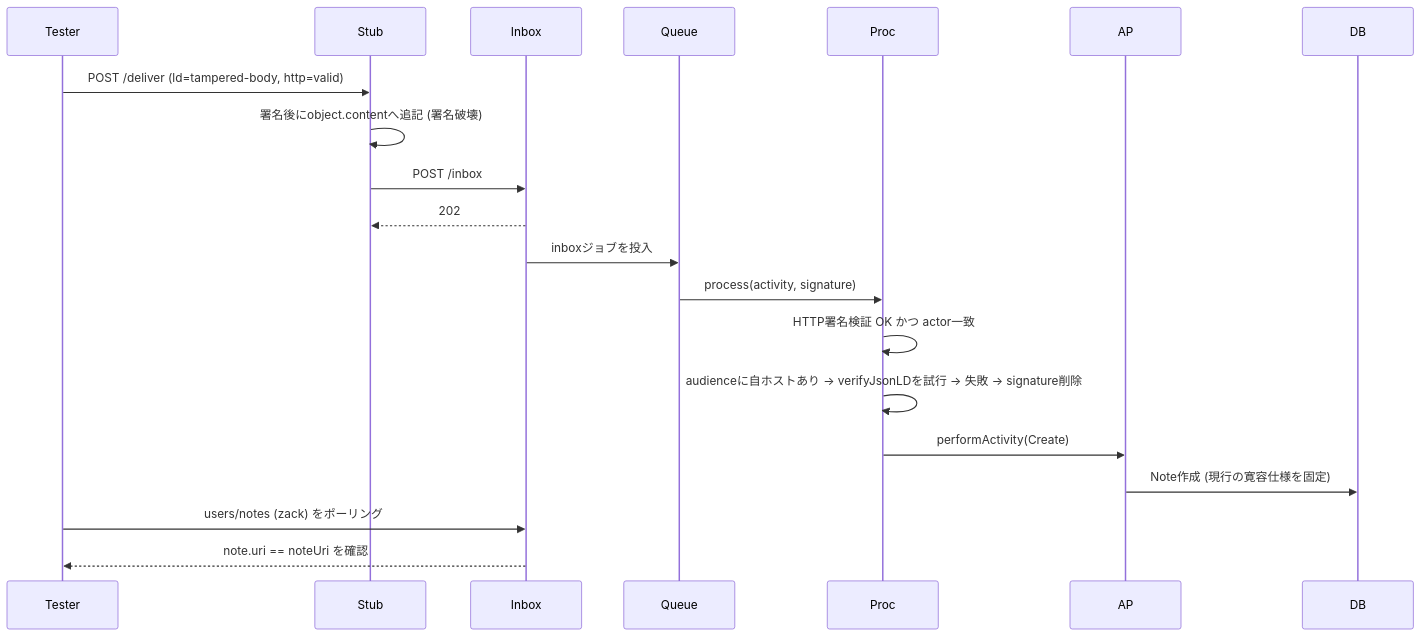
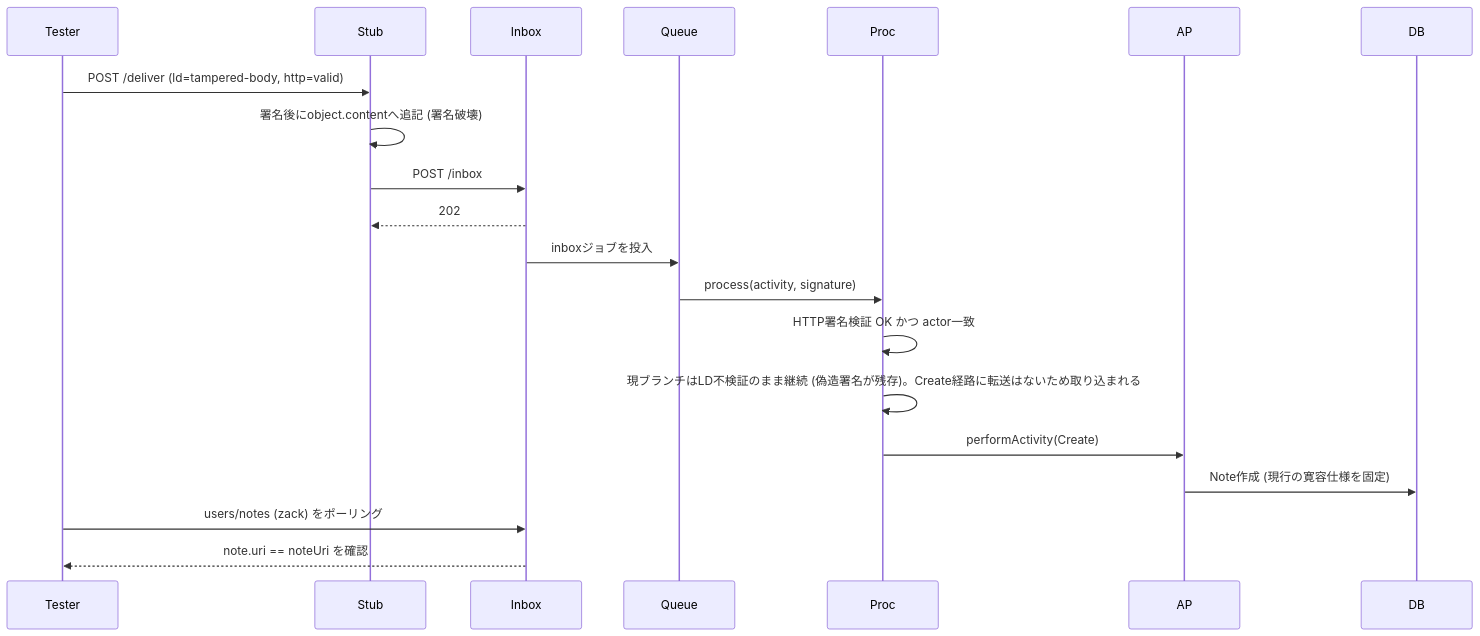
The fifth of 11 diagrams in packages/backend/test-federation/test/json-ld-signature.sequence.md (4ster1sk/cherrypick), drawn with Mermaid before and after one commit. The commit also changed other lines of this file and 3 other files, not shown here.

````diff
--- a/packages/backend/test-federation/test/json-ld-signature.sequence.md
+++ b/packages/backend/test-federation/test/json-ld-signature.sequence.md
@@ -87,15 +87,15 @@
 ```mermaid
 sequenceDiagram
     Tester->>Stub: POST /deliver (ld=tampered-body, http=valid)
     Stub->>Stub: 署名後にobject.contentへ追記 (署名破壊)
     Stub->>Inbox: POST /inbox
     Inbox-->>Stub: 202
     Inbox->>Queue: inboxジョブを投入
     Queue->>Proc: process(activity, signature)
     Proc->>Proc: HTTP署名検証 OK かつ actor一致
-    Proc->>Proc: audienceに自ホストあり → verifyJsonLDを試行 → 失敗 → signature削除
+    Proc->>Proc: 現ブランチはLD不検証のまま継続 (偽造署名が残存)。Create経路に転送はないため取り込まれる
     Proc->>AP: performActivity(Create)
     AP->>DB: Note作成 (現行の寛容仕様を固定)
     Tester->>Inbox: users/notes (zack) をポーリング
     Inbox-->>Tester: note.uri == noteUri を確認
 ```
````
